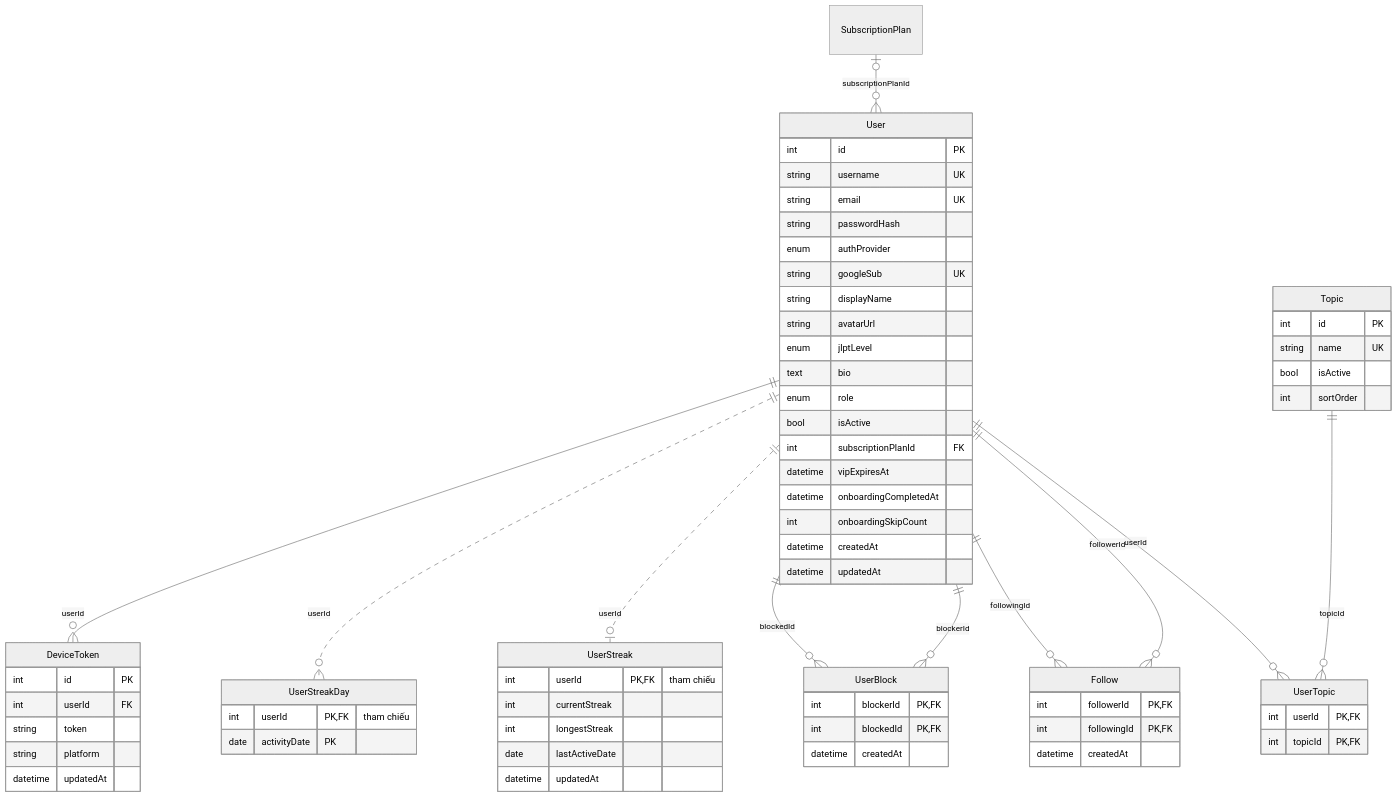
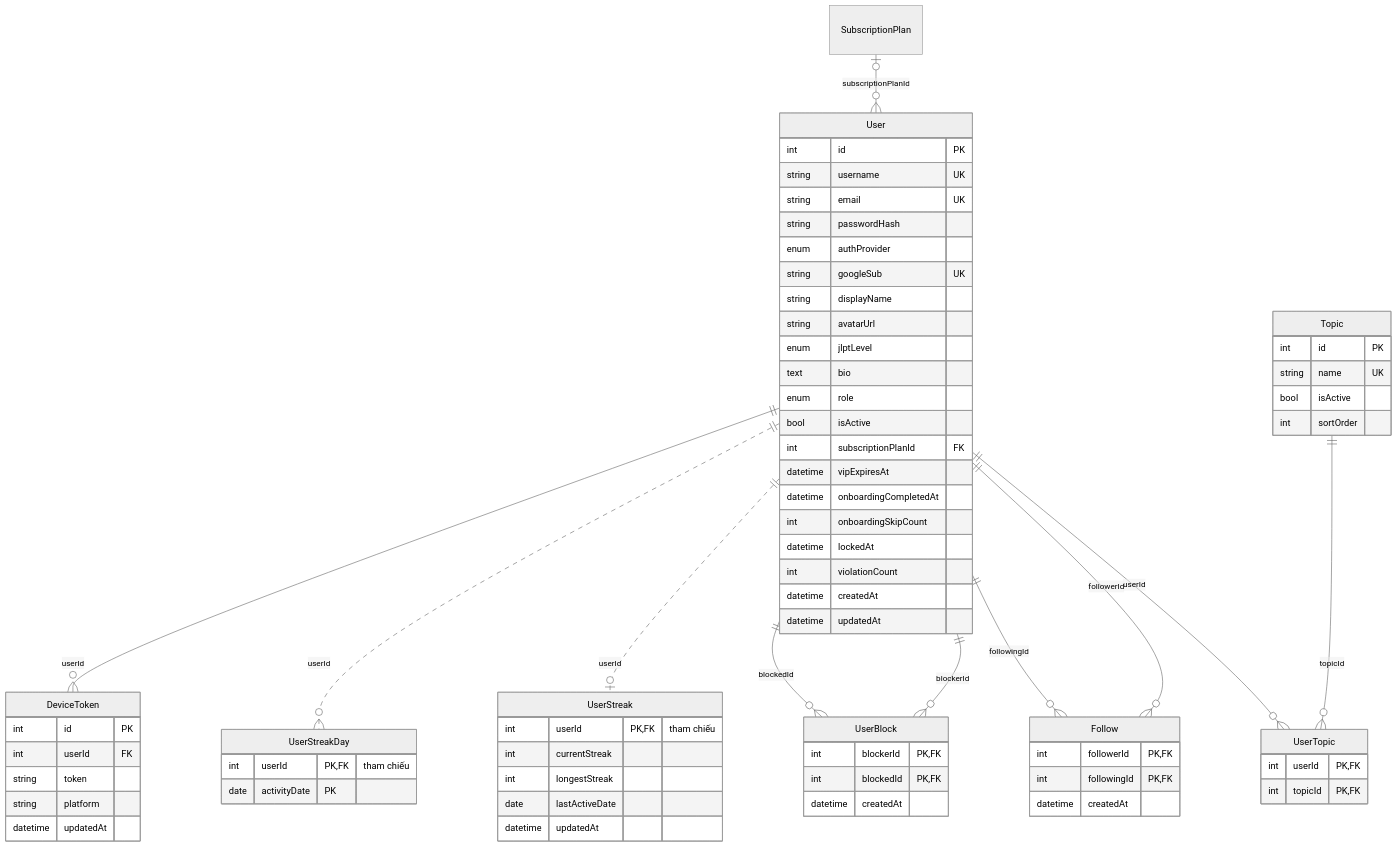
Before and after one commit to loccol9696/Japanese-Learning-Social-Platform: the ninth of 21 diagrams in docs/erd/README.md, drawn with Mermaid (neutral theme). The commit also changed other lines of this file, not shown here.

Commit message:
docs(erd): cập nhật bảng và enum cho báo cáo, khóa tài khoản, thông báo

````diff
--- a/docs/erd/README.md
+++ b/docs/erd/README.md
@@ -231,71 +231,73 @@
 ```mermaid
 erDiagram
     User {
         int id PK
         string username UK
         string email UK
         string passwordHash
         enum authProvider
         string googleSub UK
         string displayName
         string avatarUrl
         enum jlptLevel
         text bio
         enum role
         bool isActive
         int subscriptionPlanId FK
         datetime vipExpiresAt
         datetime onboardingCompletedAt
         int onboardingSkipCount
+        datetime lockedAt
+        int violationCount
         datetime createdAt
         datetime updatedAt
     }
     Follow {
         int followerId PK, FK
         int followingId PK, FK
         datetime createdAt
     }
     UserBlock {
         int blockerId PK, FK
         int blockedId PK, FK
         datetime createdAt
     }
     Topic {
         int id PK
         string name UK
         bool isActive
         int sortOrder
     }
     UserTopic {
         int userId PK, FK
         int topicId PK, FK
     }
     UserStreak {
         int userId PK, FK "tham chiếu"
         int currentStreak
         int longestStreak
         date lastActiveDate
         datetime updatedAt
     }
     UserStreakDay {
         int userId PK, FK "tham chiếu"
         date activityDate PK
     }
     DeviceToken {
         int id PK
         int userId FK
         string token
         string platform
         datetime updatedAt
     }
     User ||--o{ UserTopic : userId
     Topic ||--o{ UserTopic : topicId
     User ||--o{ Follow : followerId
     User ||--o{ Follow : followingId
     User ||--o{ UserBlock : blockerId
     User ||--o{ UserBlock : blockedId
     User ||..o| UserStreak : userId
     User ||..o{ UserStreakDay : userId
     User ||--o{ DeviceToken : userId
     SubscriptionPlan |o--o{ User : subscriptionPlanId
 ```
````
